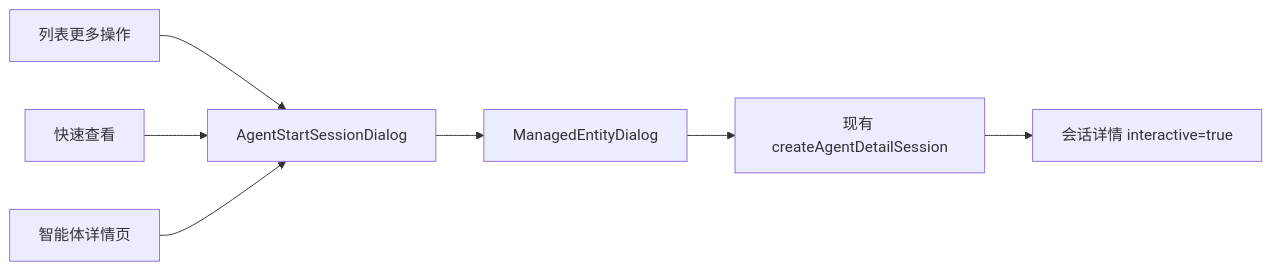
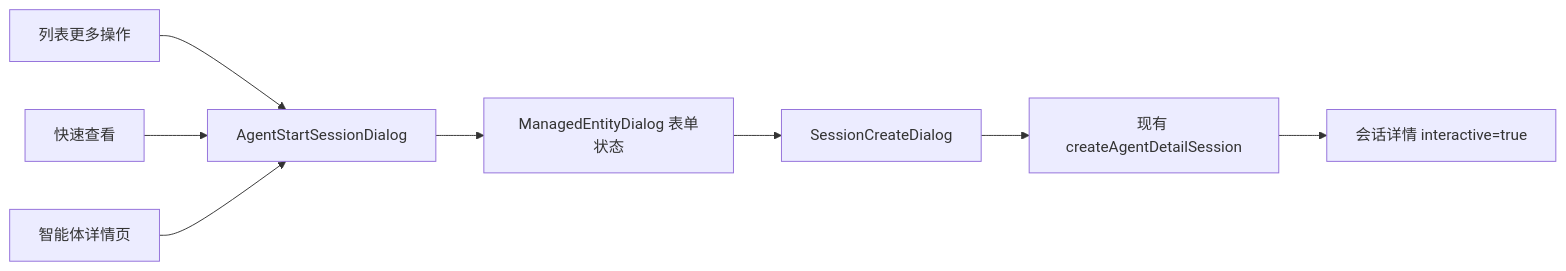
The diagram in docs/design/fe/agent/agent-list-actions.md (superduck-ai/open-managed-agents), drawn with Mermaid before and after one commit. The commit also changed other lines of this file and 17 other files, not shown here.

````diff
--- a/docs/design/fe/agent/agent-list-actions.md
+++ b/docs/design/fe/agent/agent-list-actions.md
@@ -21,9 +24,10 @@
 ```mermaid
 flowchart LR
     Row[列表更多操作] --> Start[AgentStartSessionDialog]
     Preview[快速查看] --> Start
     Detail[智能体详情页] --> Start
-    Start --> Form[ManagedEntityDialog]
+    Start --> State[ManagedEntityDialog 表单状态]
+    State --> Form[SessionCreateDialog]
     Form --> API[现有 createAgentDetailSession]
     API --> Session[会话详情 interactive=true]
 ```
````
